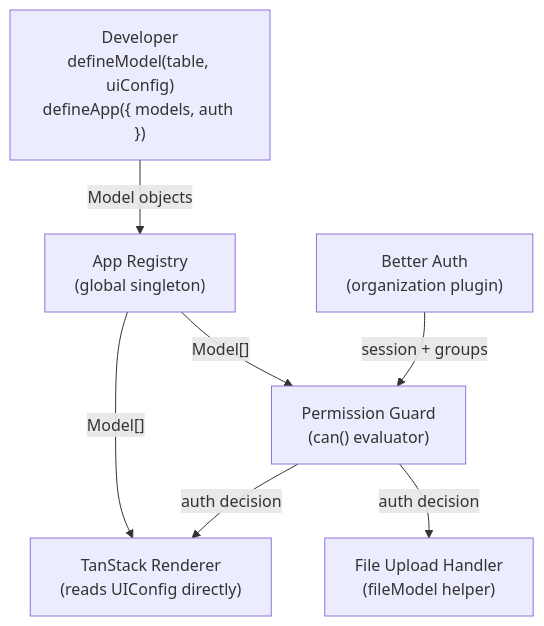
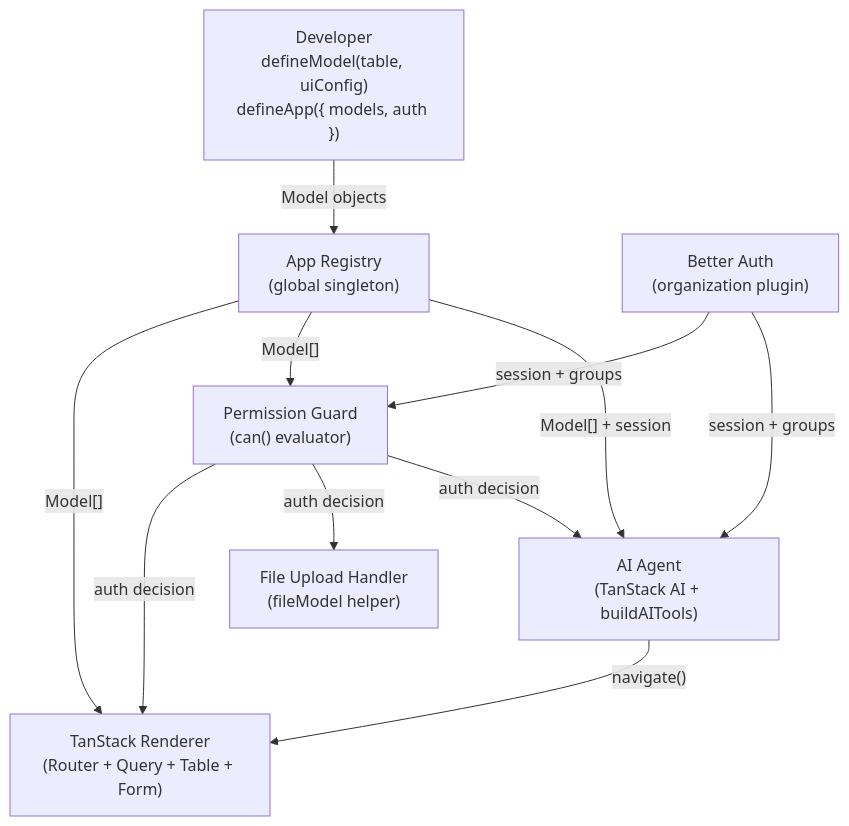
One commit to hkashlan/TanStack-Unified-Schema-Engine changed the diagram in .kiro/specs/tanstack-unified-schema-engine/design.md. Above: the diagram before and after it, drawn with Mermaid. The commit also changed other lines of this file and 13 other files, not shown here.

````diff
--- a/.kiro/specs/tanstack-unified-schema-engine/design.md
+++ b/.kiro/specs/tanstack-unified-schema-engine/design.md
@@ -26,16 +31,21 @@
 ```mermaid
 flowchart TD
     Dev["Developer\ndefineModel(table, uiConfig)\ndefineApp({ models, auth })"]
     App["App Registry\n(global singleton)"]
-    UI["TanStack Renderer\n(reads UIConfig directly)"]
+    UI["TanStack Renderer\n(Router + Query + Table + Form)"]
     PG["Permission Guard\n(can() evaluator)"]
     FU["File Upload Handler\n(fileModel helper)"]
     BA["Better Auth\n(organization plugin)"]
+    AI["AI Agent\n(TanStack AI + buildAITools)"]
 
     Dev -->|"Model objects"| App
     App -->|"Model[]"| UI
     App -->|"Model[]"| PG
+    App -->|"Model[] + session"| AI
     BA -->|"session + groups"| PG
+    BA -->|"session + groups"| AI
     PG -->|"auth decision"| UI
     PG -->|"auth decision"| FU
+    PG -->|"auth decision"| AI
+    AI -->|"navigate()"| UI
 ```
````
